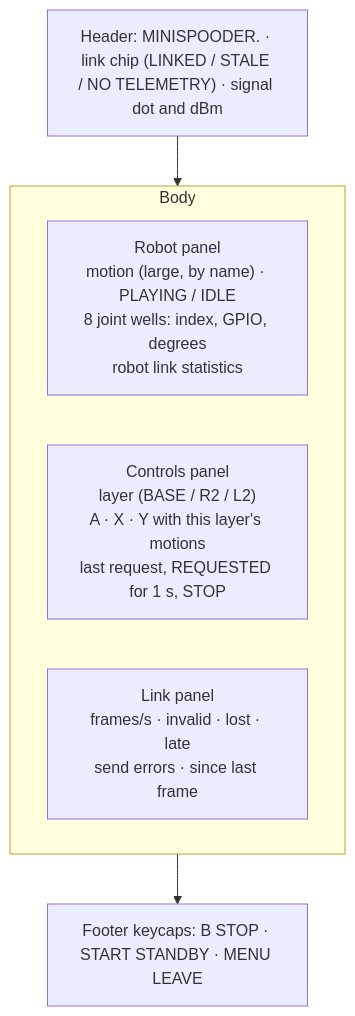
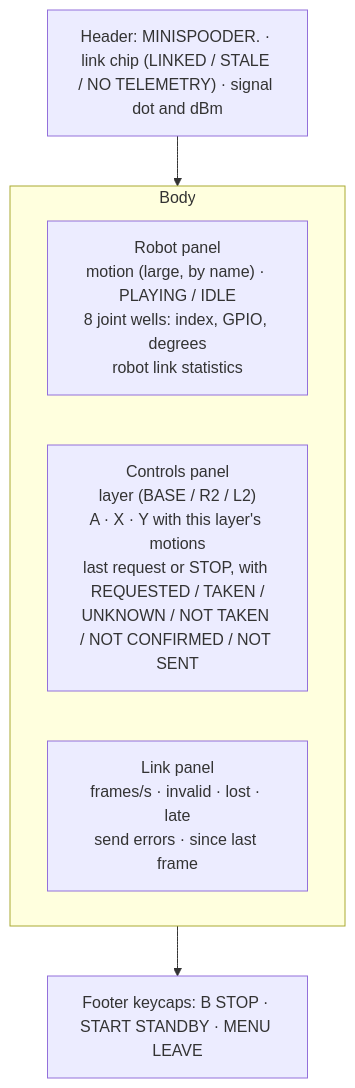
One commit to blackfyre/mini-spooder changed the third of 3 diagrams in openspec/changes/handheld-pak/design.md. Above: the diagram before and after it, drawn with Mermaid. The commit also changed other lines of this file and 3 other files, not shown here.

````diff
--- a/openspec/changes/handheld-pak/design.md
+++ b/openspec/changes/handheld-pak/design.md
@@ -113,12 +117,12 @@
 ```mermaid
 flowchart TB
   H["Header: MINISPOODER. · link chip (LINKED / STALE / NO TELEMETRY) · signal dot and dBm"]
   subgraph Body
     direction LR
     R["Robot panel<br/>motion (large, by name) · PLAYING / IDLE<br/>8 joint wells: index, GPIO, degrees<br/>robot link statistics"]
-    C["Controls panel<br/>layer (BASE / R2 / L2)<br/>A · X · Y with this layer's motions<br/>last request, REQUESTED for 1 s, STOP"]
+    C["Controls panel<br/>layer (BASE / R2 / L2)<br/>A · X · Y with this layer's motions<br/>last request or STOP, with REQUESTED / TAKEN /<br/>UNKNOWN / NOT TAKEN / NOT CONFIRMED / NOT SENT"]
     L["Link panel<br/>frames/s · invalid · lost · late<br/>send errors · since last frame"]
   end
   F["Footer keycaps: B STOP · START STANDBY · MENU LEAVE"]
   H --> Body --> F
 ```
````
